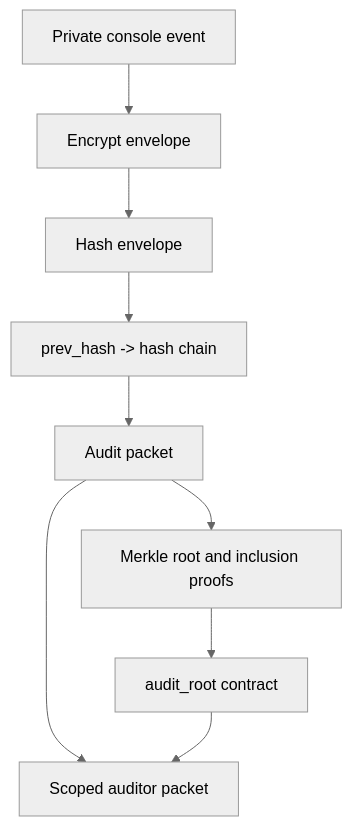
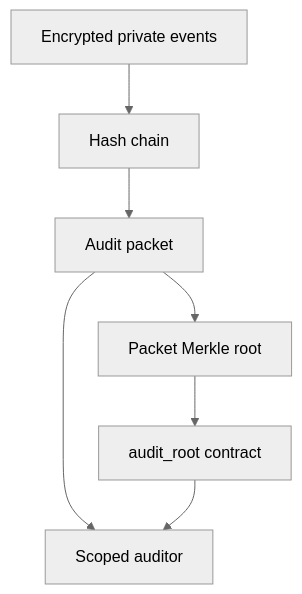
Diagram 14 of 17 in README.md (akash-mondal/benzo), drawn with Mermaid (neutral theme) before and after one commit. The commit also changed other lines of this file, not shown here.

````diff
--- a/README.md
+++ b/README.md
@@ -512,11 +326,9 @@
 ```mermaid
 flowchart TD
-  Event["Private console event"] --> Encrypt["Encrypt envelope"]
-  Encrypt --> Hash["Hash envelope"]
-  Hash --> Chain["prev_hash -> hash chain"]
-  Chain --> Packet["Audit packet"]
-  Packet --> Merkle["Merkle root and inclusion proofs"]
-  Merkle --> Anchor["audit_root contract"]
-  Packet --> Auditor["Scoped auditor packet"]
-  Anchor --> Auditor
+  PrivateEvents["Encrypted private events"] --> HashChain["Hash chain"]
+  HashChain --> Packet["Audit packet"]
+  Packet --> MerkleRoot["Packet Merkle root"]
+  MerkleRoot --> AuditRoot["audit_root contract"]
+  Packet --> Auditor["Scoped auditor"]
+  AuditRoot --> Auditor
 ```
````
